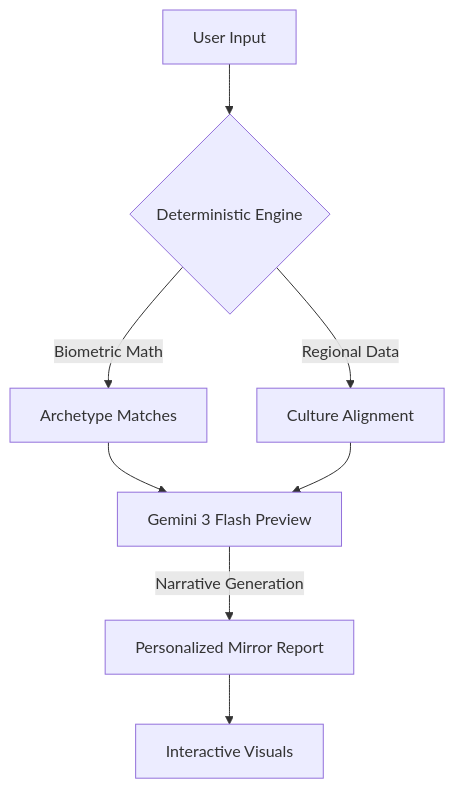
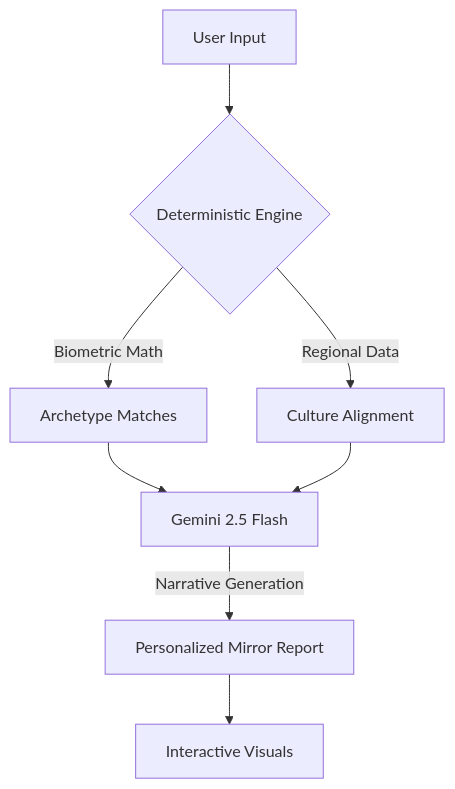
One commit to Sukanya41455/digital-mirror changed the diagram in README.md. Above: the diagram before and after it, drawn with Mermaid. The commit also changed other lines of this file and 5 other files, not shown here.

````diff
--- a/README.md
+++ b/README.md
@@ -48,9 +48,9 @@
 ```mermaid
 graph TD
     A[User Input] --> B{Deterministic Engine}
     B -->|Biometric Math| C[Archetype Matches]
     B -->|Regional Data| D[Culture Alignment]
-    C & D --> E[Gemini 3 Flash Preview]
+    C & D --> E[Gemini 2.5 Flash]
     E -->|Narrative Generation| F[Personalized Mirror Report]
     F --> G[Interactive Visuals]
 ```
````
